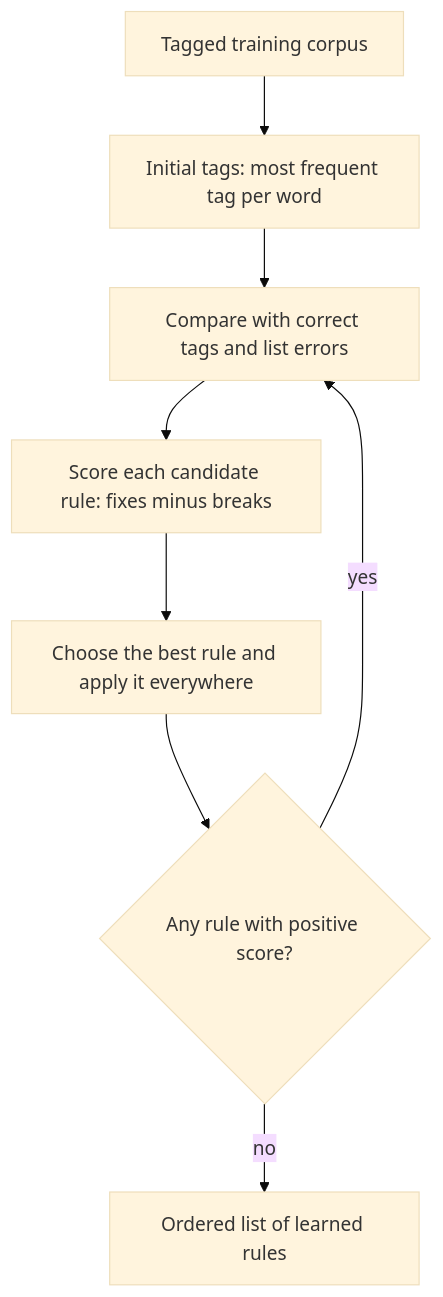
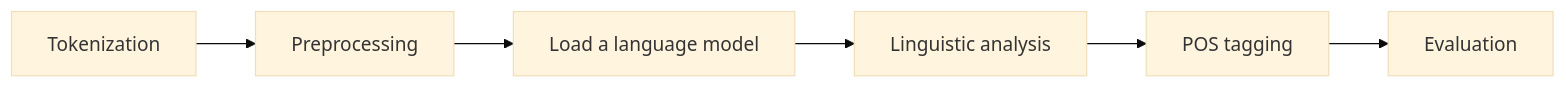
One commit to TrendySloth1001/sem-seven-notes changed the third of 5 diagrams in content/natural-language-processing/notes/pos-tagging.mdx. Above: the diagram before and after it, drawn with Mermaid (base theme). The commit also changed other lines of this file and 406 other files, not shown here.

````diff
--- a/content/natural-language-processing/notes/pos-tagging.mdx
+++ b/content/natural-language-processing/notes/pos-tagging.mdx
@@ -672,11 +112,9 @@
 ```mermaid
-%% caption: The Brill learning loop. Start with simple tags, score all candidate rules, keep the best one, apply it, and repeat. At tagging time the saved rules are applied in the same order.
-flowchart TD
-  A["Tagged training corpus"] --> B["Initial tags: most frequent tag per word"]
-  B --> C["Compare with correct tags and list errors"]
-  C --> D["Score each candidate rule: fixes minus breaks"]
-  D --> E["Choose the best rule and apply it everywhere"]
-  E --> F{"Any rule with positive score?"}
-  F -->|"yes"| C
-  F -->|"no"| G["Ordered list of learned rules"]
+%% caption: The steps of POS tagging as the class answer lists them.
+flowchart LR
+  A["Tokenization"] --> B["Preprocessing"]
+  B --> C["Load a language model"]
+  C --> D["Linguistic analysis"]
+  D --> E["POS tagging"]
+  E --> F["Evaluation"]
 ```
````
